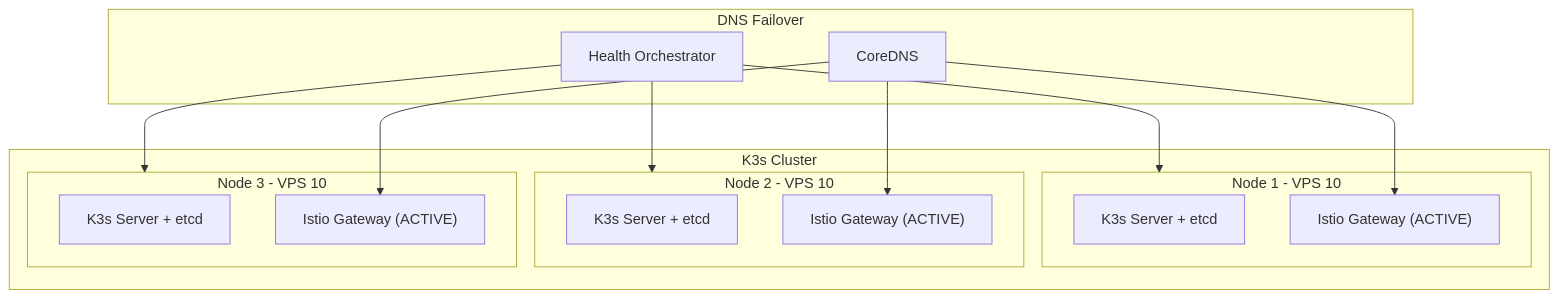
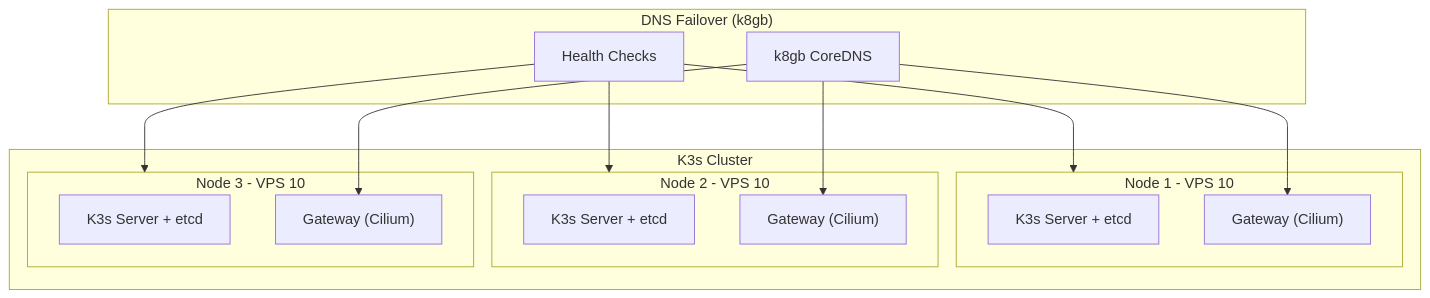
The diagram in docs/blueprints/BLUEPRINT-DEPLOYMENT.md (openova-io/handbook), drawn with Mermaid before and after one commit. The commit also changed other lines of this file and 19 other files, not shown here.

First line of the commit message:
docs: update architecture for Cilium Service Mesh and Gitea

````diff
--- a/docs/blueprints/BLUEPRINT-DEPLOYMENT.md
+++ b/docs/blueprints/BLUEPRINT-DEPLOYMENT.md
@@ -9,27 +9,27 @@
 ```mermaid
 flowchart TB
-    subgraph dns["DNS Failover"]
-        health["Health Orchestrator"]
-        coredns["CoreDNS"]
+    subgraph dns["DNS Failover (k8gb)"]
+        health["Health Checks"]
+        coredns["k8gb CoreDNS"]
     end
 
     subgraph cluster["K3s Cluster"]
         subgraph node1["Node 1 - VPS 10"]
             cp1["K3s Server + etcd"]
-            istio1["Istio Gateway (ACTIVE)"]
+            gw1["Gateway (Cilium)"]
         end
 
         subgraph node2["Node 2 - VPS 10"]
             cp2["K3s Server + etcd"]
-            istio2["Istio Gateway (ACTIVE)"]
+            gw2["Gateway (Cilium)"]
         end
 
         subgraph node3["Node 3 - VPS 10"]
             cp3["K3s Server + etcd"]
-            istio3["Istio Gateway (ACTIVE)"]
+            gw3["Gateway (Cilium)"]
         end
     end
 
     health --> node1 & node2 & node3
-    coredns --> istio1 & istio2 & istio3
+    coredns --> gw1 & gw2 & gw3
 ```
````
